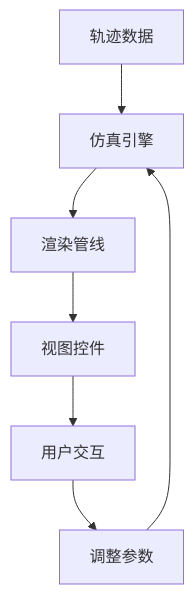
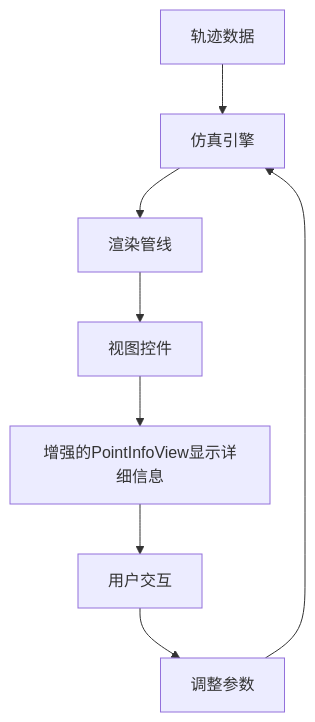
One commit to fuweiq94-cloud/339918076 changed the ninth of 11 diagrams in .qoder/repowiki/zh/content/核心功能模块/轨迹规划模块 (Trajectory).md. Above: the diagram before and after it, drawn with Mermaid. The commit also changed other lines of this file and 75 other files, not shown here.

````diff
--- a/.qoder/repowiki/zh/content/核心功能模块/轨迹规划模块 (Trajectory).md
+++ b/.qoder/repowiki/zh/content/核心功能模块/轨迹规划模块 (Trajectory).md
@@ -373,9 +449,10 @@
 ```mermaid
 flowchart TD
 Data["轨迹数据"] --> Sim["仿真引擎"]
 Sim --> Render["渲染管线"]
 Render --> View["视图控件"]
-View --> User["用户交互"]
+View --> PV["增强的PointInfoView显示详细信息"]
+PV --> User["用户交互"]
 User --> Adjust["调整参数"]
 Adjust --> Sim
 ```
````
